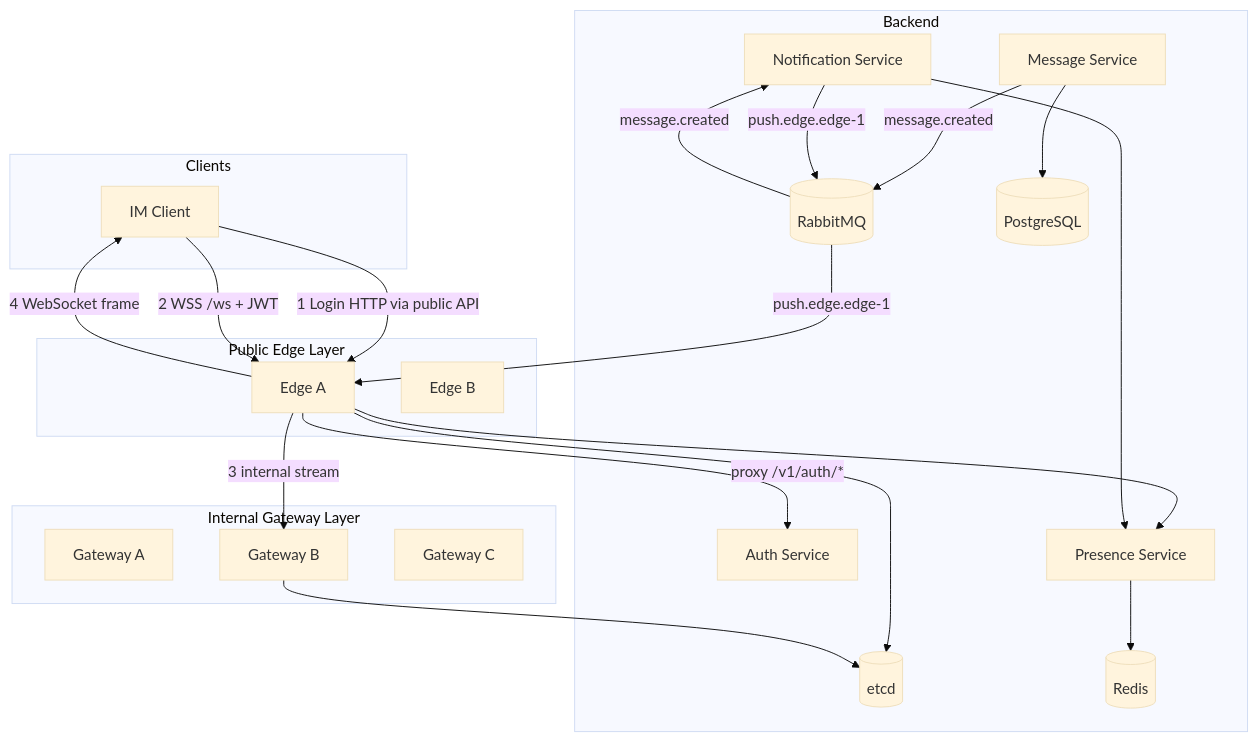
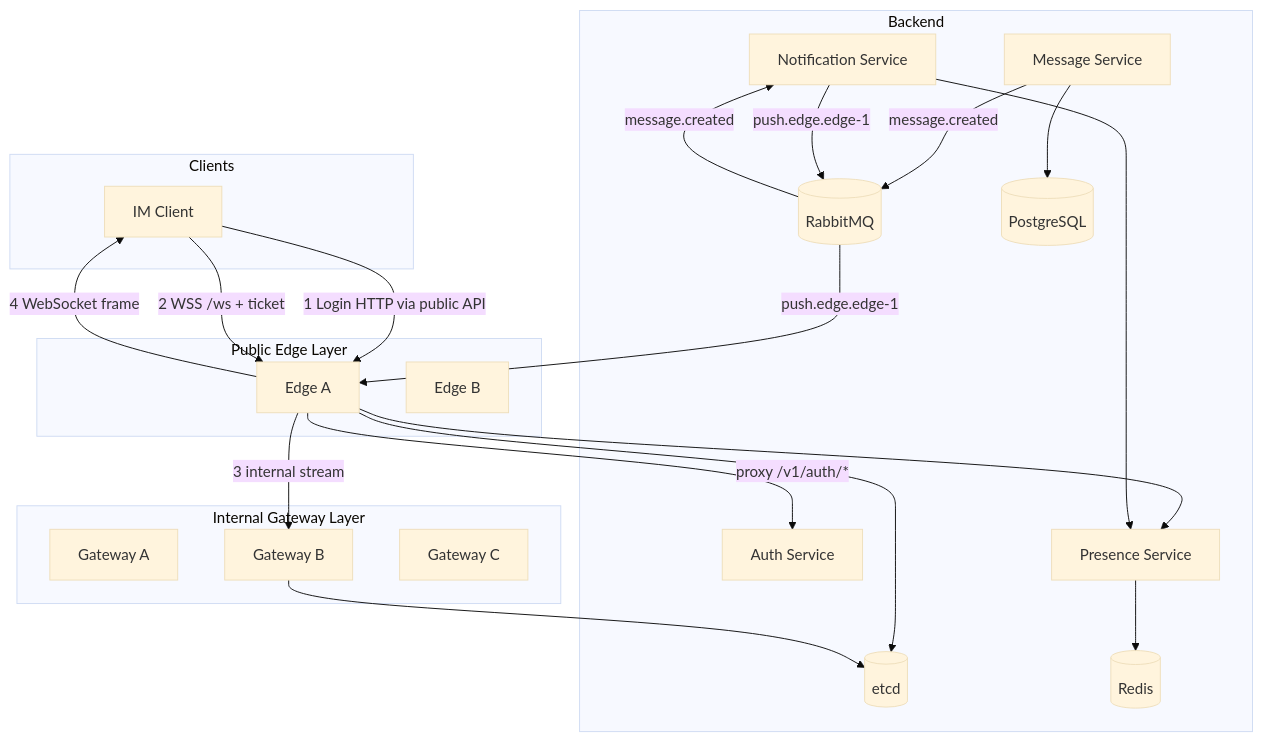
Before and after one commit to HappyLadySauce/Beehive-IM: the first of 8 diagrams in docs/gateway/DESIGN.md, drawn with Mermaid (base theme). The commit also changed other lines of this file and 37 other files, not shown here.

````diff
--- a/docs/gateway/DESIGN.md
+++ b/docs/gateway/DESIGN.md
@@ -57,44 +73,44 @@
 ```mermaid
 flowchart TB
     subgraph clients [Clients]
         Client[IM Client]
     end
 
     subgraph public_edge [Public Edge Layer]
         Edge1[Edge A]
         Edge2[Edge B]
     end
 
     subgraph internal_gateway [Internal Gateway Layer]
         GW1[Gateway A]
         GW2[Gateway B]
         GW3[Gateway C]
     end
 
     subgraph backend [Backend]
         Auth[Auth Service]
         Etcd[(etcd)]
         Presence[Presence Service]
         Notification[Notification Service]
         Redis[(Redis)]
         RMQ[(RabbitMQ)]
         Msg[Message Service]
         PG[(PostgreSQL)]
     end
 
     Client -->|"1 Login HTTP via public API"| Edge1
     Edge1 -->|"proxy /v1/auth/*"| Auth
-    Client -->|"2 WSS /ws + JWT"| Edge1
+    Client -->|"2 WSS /ws + ticket"| Edge1
     Edge1 -->|"3 internal stream"| GW2
     Edge1 --> Etcd
     GW2 --> Etcd
     Edge1 --> Presence
     Presence --> Redis
     Msg --> PG
     Msg -->|"message.created"| RMQ
     RMQ -->|"message.created"| Notification
     Notification --> Presence
     Notification -->|"push.edge.edge-1"| RMQ
     RMQ -->|"push.edge.edge-1"| Edge1
     Edge1 -->|"4 WebSocket frame"| Client
 ```
````
